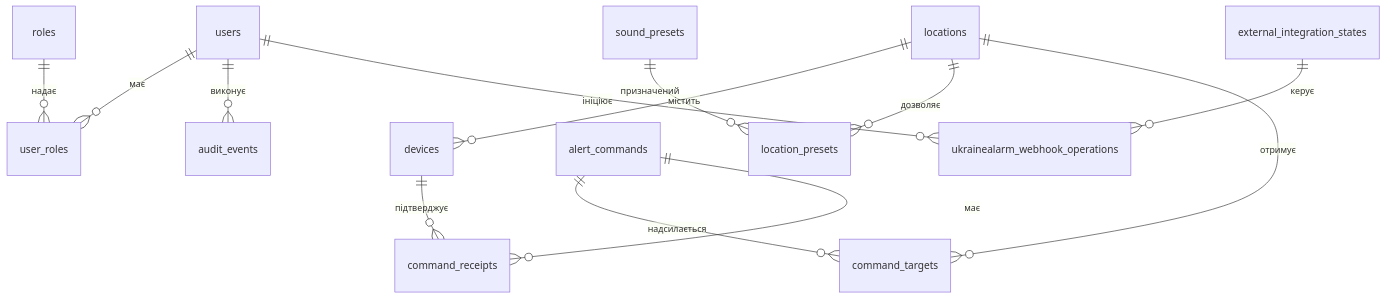
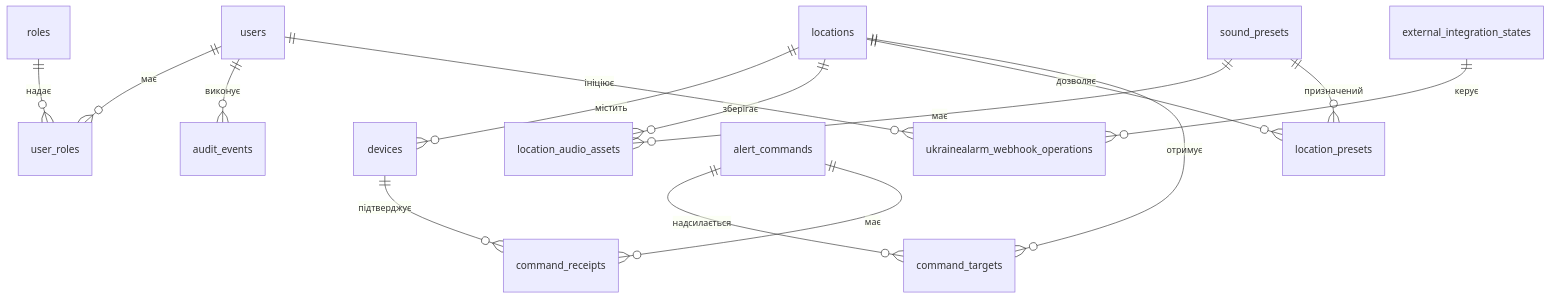
The diagram in docs/database.md (aferapokitaysky/kpk-alert), drawn with Mermaid before and after one commit. The commit also changed other lines of this file and 30 other files, not shown here.

````diff
--- a/docs/database.md
+++ b/docs/database.md
@@ -13,15 +13,17 @@
 ```mermaid
 erDiagram
   users ||--o{ user_roles : має
   roles ||--o{ user_roles : надає
   locations ||--o{ devices : містить
+  locations ||--o{ location_audio_assets : зберігає
+  sound_presets ||--o{ location_audio_assets : має
   locations ||--o{ location_presets : дозволяє
   sound_presets ||--o{ location_presets : призначений
   alert_commands ||--o{ command_targets : надсилається
   locations ||--o{ command_targets : отримує
   alert_commands ||--o{ command_receipts : має
   devices ||--o{ command_receipts : підтверджує
   users ||--o{ audit_events : виконує
   users ||--o{ ukrainealarm_webhook_operations : ініціює
   external_integration_states ||--o{ ukrainealarm_webhook_operations : керує
 ```
````
